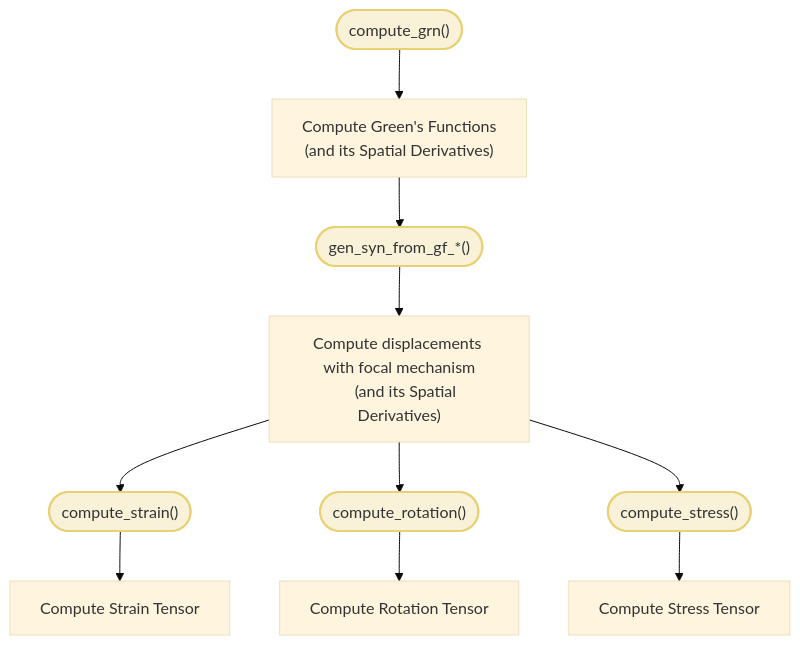
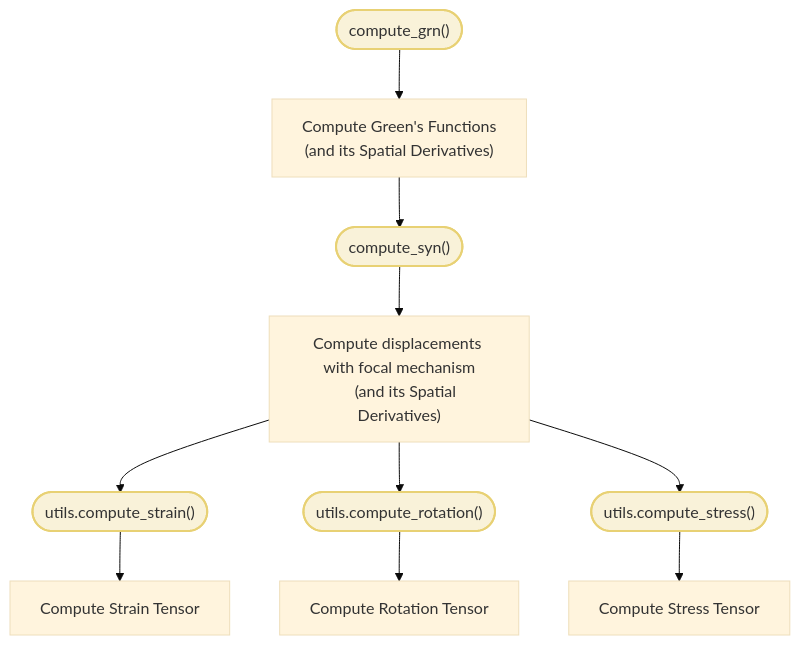
The first of 2 diagrams in docs/source/Tutorial/dynamic/index.rst (Dengda98/PyGRT), drawn with Mermaid (base theme) before and after one commit. The commit also changed 77 other files, not shown here.

```diff
--- a/docs/source/Tutorial/dynamic/index.rst
+++ b/docs/source/Tutorial/dynamic/index.rst
@@ -11,26 +11,26 @@
 .. mermaid::
 
     flowchart TB 
 
         GG(["compute_grn()"])
-        SS(["gen_syn_from_gf_*()"])
-        EE(["compute_strain()"])
-        RR(["compute_rotation()"])
-        TT(["compute_stress()"])
+        SS(["compute_syn()"])
+        EE(["utils.compute_strain()"])
+        RR(["utils.compute_rotation()"])
+        TT(["utils.compute_stress()"])
 
         G["Compute Green's Functions
         (and its Spatial Derivatives)"]
         S["Compute displacements with focal mechanism
         (and its Spatial Derivatives)"]
         E["Compute Strain Tensor"]
         R["Compute Rotation Tensor"]
         T["Compute Stress Tensor"]
 
         GG --> G
         G --> SS --> S
         S --> EE --> E
         S --> RR --> R
         S --> TT --> T
         
         classDef cmdcls fill:#f9f2d9,stroke:#e8d174,stroke-width:2px,color:#333;
         class GG,SS,EE,RR,TT cmdcls
```
